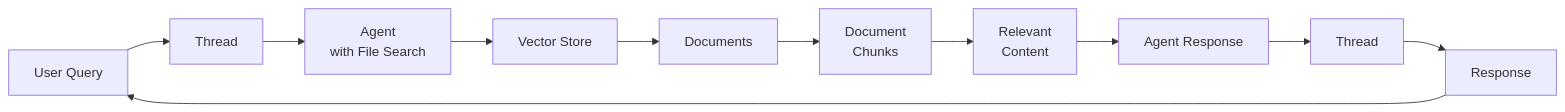
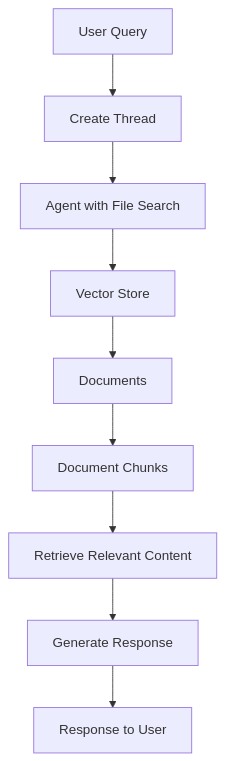
One commit to fparpas/Developing-Agentic-AI-Apps-Hackathon changed the first of 2 diagrams in Student/Challenge-05-python.md. Above: the diagram before and after it, drawn with Mermaid. The commit also changed other lines of this file and 21 other files, not shown here.

````diff
--- a/Student/Challenge-05-python.md
+++ b/Student/Challenge-05-python.md
@@ -47,13 +47,12 @@
 ```mermaid
-graph LR
-    A[User Query] --> B[Thread]
-    B --> C[Agent<br/>with File Search]
+graph TD
+    A[User Query]
+    A --> B[Create Thread]
+    B --> C[Agent with File Search]
     C --> D[Vector Store]
     D --> E[Documents]
-    E --> F[Document<br/>Chunks]
-    F --> G[Relevant<br/>Content]
-    G --> H[Agent Response]
-    H --> I[Thread]
-    I --> J[Response]
-    J --> A
+    E --> F[Document Chunks]
+    F --> G[Retrieve Relevant Content]
+    G --> H[Generate Response]
+    H --> I[Response to User]
 ```
````
